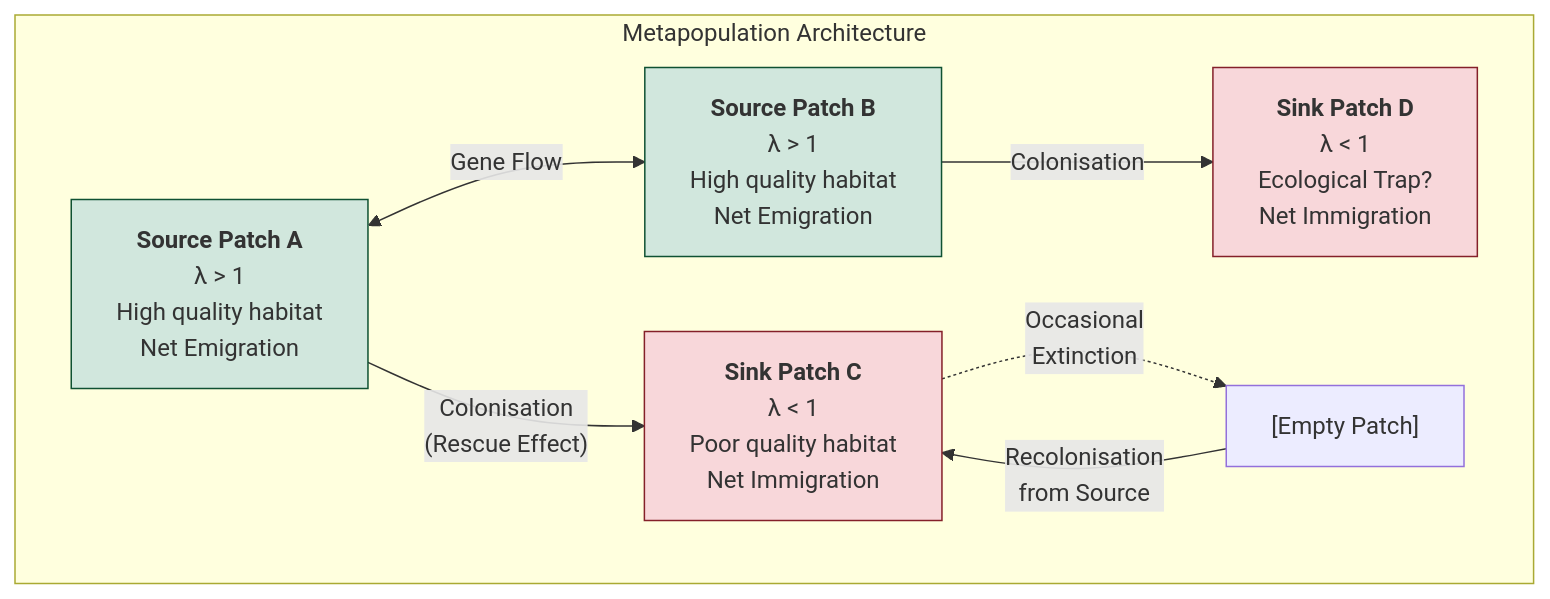
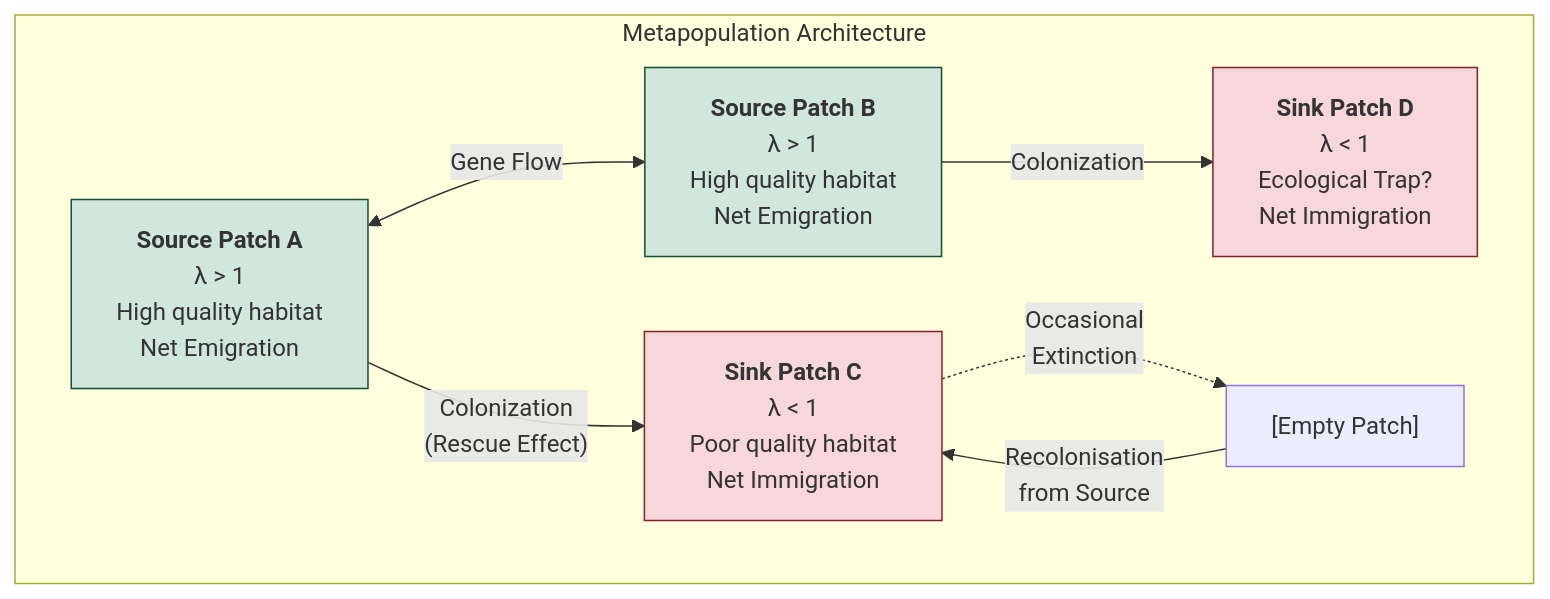
Before and after one commit to docxology/biology_textbook: the fourth of 4 diagrams in manuscript/unit_X/population_ecology.md, drawn with Mermaid. The commit also changed other lines of this file and 247 other files, not shown here.

````diff
--- a/manuscript/unit_X/population_ecology.md
+++ b/manuscript/unit_X/population_ecology.md
@@ -773,20 +786,20 @@
 ```mermaid
 graph TD
     subgraph "Metapopulation Architecture"
         SourceA["<b>Source Patch A</b><br/>λ > 1<br/>High quality habitat<br/>Net Emigration"]
         SourceB["<b>Source Patch B</b><br/>λ > 1<br/>High quality habitat<br/>Net Emigration"]
         SinkC["<b>Sink Patch C</b><br/>λ < 1<br/>Poor quality habitat<br/>Net Immigration"]
         SinkD["<b>Sink Patch D</b><br/>λ < 1<br/>Ecological Trap?<br/>Net Immigration"]
         
-        SourceA -->|"Colonisation<br/>(Rescue Effect)"| SinkC
-        SourceB -->|"Colonisation"| SinkD
+        SourceA -->|"Colonization<br/>(Rescue Effect)"| SinkC
+        SourceB -->|"Colonization"| SinkD
         SourceA <-->|"Gene Flow"| SourceB
         SinkC -.->|"Occasional<br/>Extinction"| Ext["[Empty Patch]"]
         Ext -->|"Recolonisation<br/>from Source"| SinkC
     end
 
     style SourceA fill:#d1e7dd,stroke:#0f5132
     style SourceB fill:#d1e7dd,stroke:#0f5132
     style SinkC fill:#f8d7da,stroke:#842029
     style SinkD fill:#f8d7da,stroke:#842029
 ```
````
